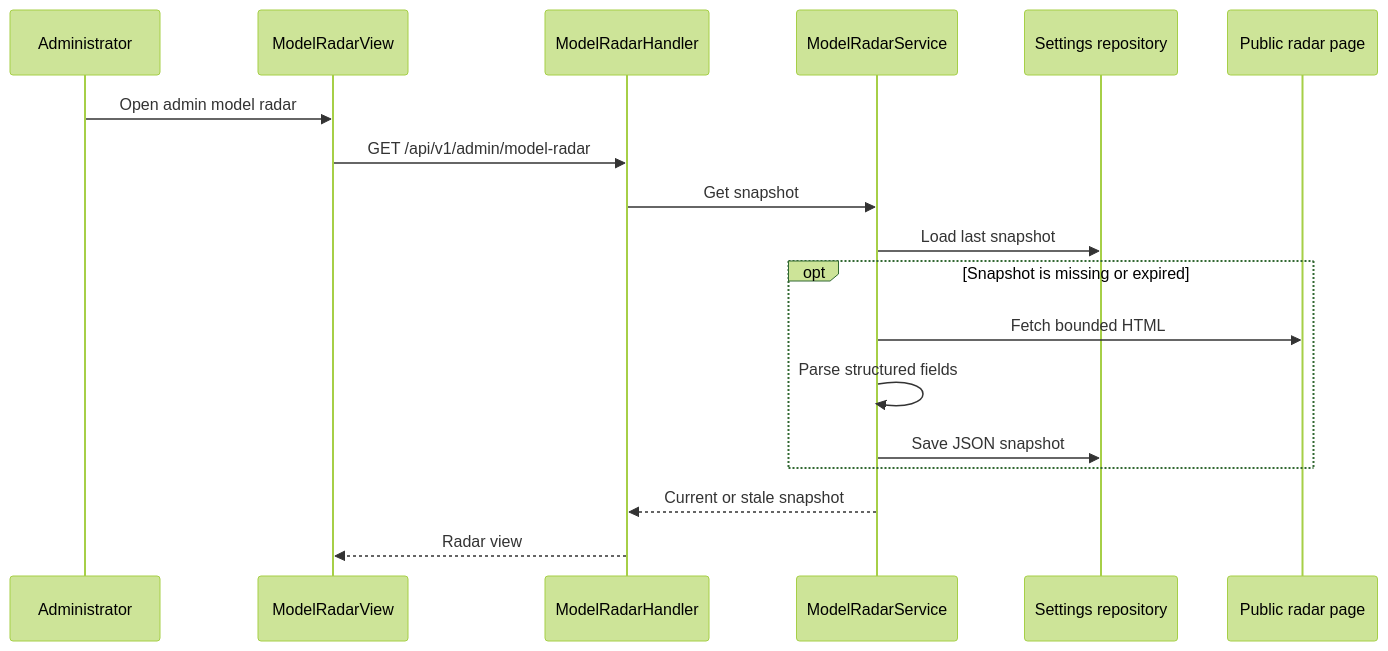
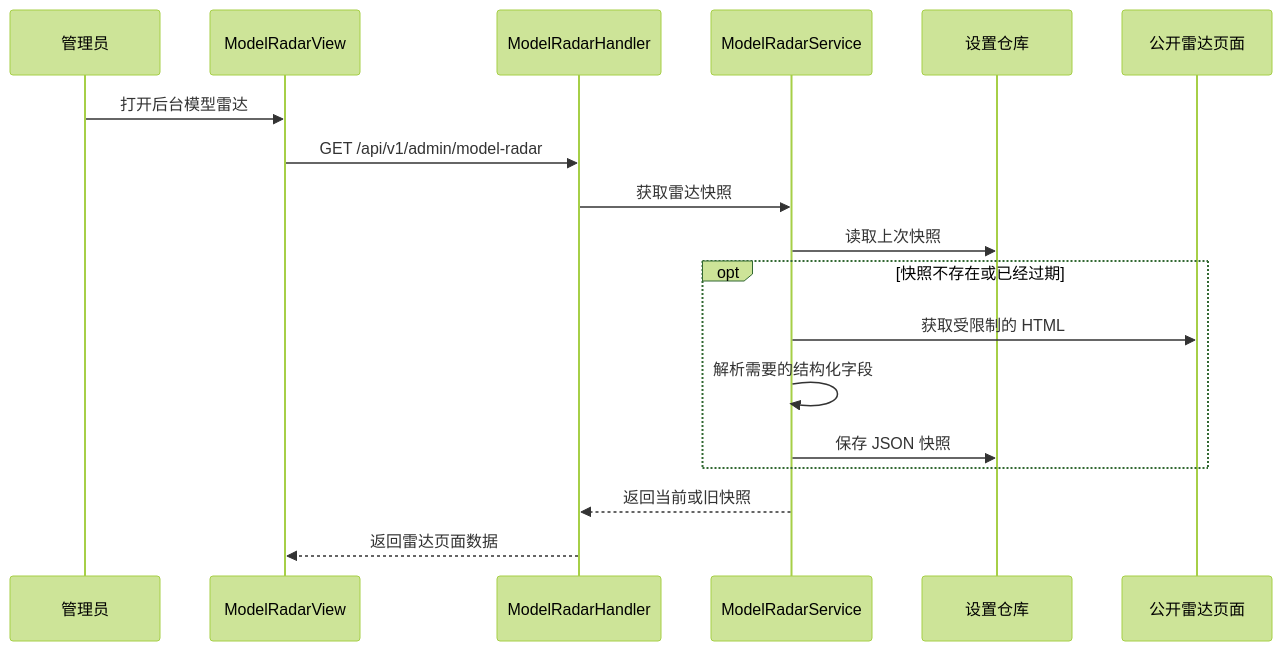
Before and after one commit to Samuka007/sub2api: the third of 3 diagrams in README_US.md, drawn with Mermaid (forest theme). The commit also changed other lines of this file, not shown here.

Commit message:
docs: translate private architecture guide to Chinese

````diff
--- a/README_US.md
+++ b/README_US.md
@@ -256,21 +240,21 @@
 ```mermaid
 sequenceDiagram
-    participant A as Administrator
+    participant A as 管理员
     participant V as ModelRadarView
     participant H as ModelRadarHandler
     participant S as ModelRadarService
-    participant R as Settings repository
-    participant C as Public radar page
+    participant R as 设置仓库
+    participant C as 公开雷达页面
 
-    A->>V: Open admin model radar
+    A->>V: 打开后台模型雷达
     V->>H: GET /api/v1/admin/model-radar
-    H->>S: Get snapshot
-    S->>R: Load last snapshot
-    opt Snapshot is missing or expired
-        S->>C: Fetch bounded HTML
-        S->>S: Parse structured fields
-        S->>R: Save JSON snapshot
+    H->>S: 获取雷达快照
+    S->>R: 读取上次快照
+    opt 快照不存在或已经过期
+        S->>C: 获取受限制的 HTML
+        S->>S: 解析需要的结构化字段
+        S->>R: 保存 JSON 快照
     end
-    S-->>H: Current or stale snapshot
-    H-->>V: Radar view
+    S-->>H: 返回当前或旧快照
+    H-->>V: 返回雷达页面数据
 ```
````
